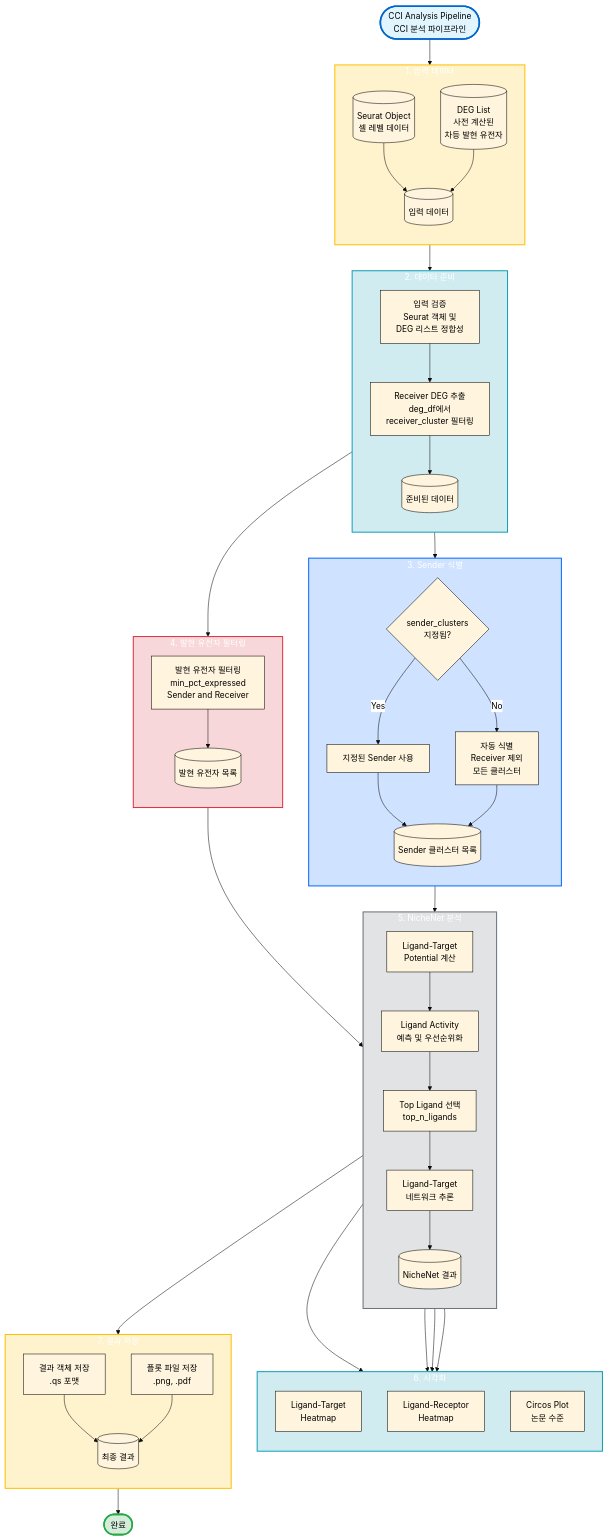
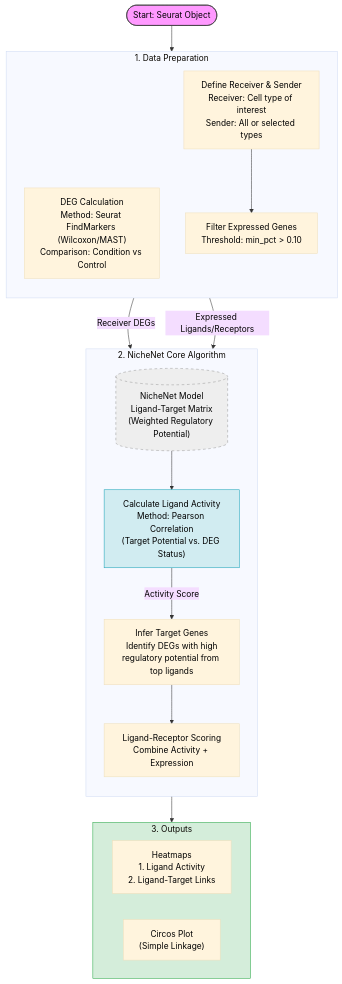
Before and after one commit to JasonK94/mylit: the first of 2 diagrams in docs/cci/CCI_INTEGRATED_GUIDE_KR.md, drawn with Mermaid. The commit also changed other lines of this file and 21 other files, not shown here.

First line of the commit message:
feat(cci): refactor NicheNet/MultiNicheNet workflows, add utils, organize scripts

````diff
--- a/docs/cci/CCI_INTEGRATED_GUIDE_KR.md
+++ b/docs/cci/CCI_INTEGRATED_GUIDE_KR.md
@@ -25,88 +29,46 @@
 ```mermaid
-%%{init: {'theme':'base', 'themeVariables': {'primaryEdgeColor':'#000000', 'primaryEdgeThickness':4, 'primaryTextColor':'#000000', 'primaryBorderColor':'#000000', 'edgeLabelBackground':'#ffffff', 'tertiaryColor':'#000000'}}}%%
+%%{init: {'theme':'base', 'themeVariables': {'primaryEdgeColor':'#333', 'primaryTextColor':'#000', 'lineColor':'#333'}}}%%
 flowchart TD
-    Start([CCI Analysis Pipeline<br/>CCI 분석 파이프라인])
-    Start --> Input
+    %% Nodes
+    Start([Start: Seurat Object])
     
-    subgraph Input["1. 입력 데이터"]
+    subgraph DataPrep ["1. Data Preparation"]
         direction TB
-        SeuratObj[("Seurat Object<br/>셀 레벨 데이터")]
-        DEGList[("DEG List<br/>사전 계산된<br/>차등 발현 유전자")]
-        SeuratObj --> InputData[("입력 데이터")]
-        DEGList --> InputData
+        CalcDEG["DEG Calculation<br/>Method: Seurat FindMarkers (Wilcoxon/MAST)<br/>Comparison: Condition vs Control"]
+        DefineReceiver["Define Receiver & Sender<br/>Receiver: Cell type of interest<br/>Sender: All or selected types"]
+        ExtractExpressed["Filter Expressed Genes<br/>Threshold: min_pct > 0.10"]
+    end
+
+    subgraph NicheNetCore ["2. NicheNet Core Algorithm"]
+        direction TB
+        LoadModel[("NicheNet Model<br/>Ligand-Target Matrix<br/>(Weighted Regulatory Potential)")]
+        
+        CalcActivity["Calculate Ligand Activity<br/>Method: Pearson Correlation<br/>(Target Potential vs. DEG Status)"]
+        
+        PredictTargets["Infer Target Genes<br/>Identify DEGs with high<br/>regulatory potential from top ligands"]
+        
+        PrioritizePair["Ligand-Receptor Scoring<br/>Combine Activity + Expression"]
     end
     
-    InputData --> Prep
+    subgraph Output ["3. Outputs"]
+        Heatmaps["Heatmaps<br/>1. Ligand Activity<br/>2. Ligand-Target Links"]
+        Circos["Circos Plot<br/>(Simple Linkage)"]
+    end
+
+    %% Edges
+    Start --> DataPrep
+    CalcDEG -->|Receiver DEGs| CalcActivity
+    DefineReceiver --> ExtractExpressed
+    ExtractExpressed -->|Expressed Ligands/Receptors| PrioritizePair
     
-    subgraph Prep["2. 데이터 준비"]
-        direction TB
-        Validate["입력 검증<br/>Seurat 객체 및<br/>DEG 리스트 정합성"]
-        Validate --> ExtractDEG["Receiver DEG 추출<br/>deg_df에서<br/>receiver_cluster 필터링"]
-        ExtractDEG --> PrepData[("준비된 데이터")]
-    end
+    LoadModel --> CalcActivity
+    CalcActivity -->|Activity Score| PredictTargets
+    PredictTargets --> PrioritizePair
     
-    PrepData --> Sender
+    PrioritizePair --> Output
     
-    subgraph Sender["3. Sender 식별"]
-        direction TB
-        CheckSender{sender_clusters<br/>지정됨?}
-        CheckSender -->|Yes| UseSpecified["지정된 Sender 사용"]
-        CheckSender -->|No| AutoIdentify["자동 식별<br/>Receiver 제외<br/>모든 클러스터"]
-        UseSpecified --> SenderList[("Sender 클러스터 목록")]
-        AutoIdentify --> SenderList
-    end
-    
-    PrepData --> Filter
-    
-    subgraph Filter["4. 발현 유전자 필터링"]
-        direction TB
-        FilterExpressed["발현 유전자 필터링<br/>min_pct_expressed<br/>Sender and Receiver"]
-        FilterExpressed --> ExpressedGenes[("발현 유전자 목록")]
-    end
-    
-    SenderList --> NicheNet
-    ExpressedGenes --> NicheNet
-    
-    subgraph NicheNet["5. NicheNet 분석"]
-        direction TB
-        LigandTarget["Ligand-Target<br/>Potential 계산"]
-        LigandTarget --> LigandAct["Ligand Activity<br/>예측 및 우선순위화"]
-        LigandAct --> Prioritize["Top Ligand 선택<br/>top_n_ligands"]
-        Prioritize --> Network["Ligand-Target<br/>네트워크 추론"]
-        Network --> NicheNetResults[("NicheNet 결과")]
-    end
-    
-    NicheNetResults --> Vis
-    
-    subgraph Vis["6. 시각화"]
-        direction TB
-        HeatmapLT["Ligand-Target<br/>Heatmap"]
-        HeatmapLR["Ligand-Receptor<br/>Heatmap"]
-        Circos["Circos Plot<br/>논문 수준"]
-        NicheNetResults --> HeatmapLT
-        NicheNetResults --> HeatmapLR
-        NicheNetResults --> Circos
-    end
-    
-    NicheNetResults --> Save
-    
-    subgraph Save["7. 결과 저장"]
-        direction TB
-        SaveQs["결과 객체 저장<br/>.qs 포맷"]
-        SavePlots["플롯 파일 저장<br/>.png, .pdf"]
-        SaveQs --> FinalResult[("최종 결과")]
-        SavePlots --> FinalResult
-    end
-    
-    FinalResult --> End([완료])
-    
-    style Start fill:#e1f5ff,stroke:#0066cc,stroke-width:3px
-    style End fill:#d4edda,stroke:#28a745,stroke-width:3px
-    style Input fill:#fff3cd,stroke:#ffc107,stroke-width:2px
-    style Prep fill:#d1ecf1,stroke:#17a2b8,stroke-width:2px
-    style Sender fill:#cfe2ff,stroke:#0d6efd,stroke-width:2px
-    style Filter fill:#f8d7da,stroke:#dc3545,stroke-width:2px
-    style NicheNet fill:#e2e3e5,stroke:#6c757d,stroke-width:2px
-    style Vis fill:#d1ecf1,stroke:#17a2b8,stroke-width:2px
-    style Save fill:#fff3cd,stroke:#ffc107,stroke-width:2px
+    style Start fill:#f9f,stroke:#333
+    style LoadModel fill:#eee,stroke:#999,stroke-dasharray: 5 5
+    style CalcActivity fill:#d1ecf1,stroke:#17a2b8
+    style Output fill:#d4edda,stroke:#28a745
 ```
````
